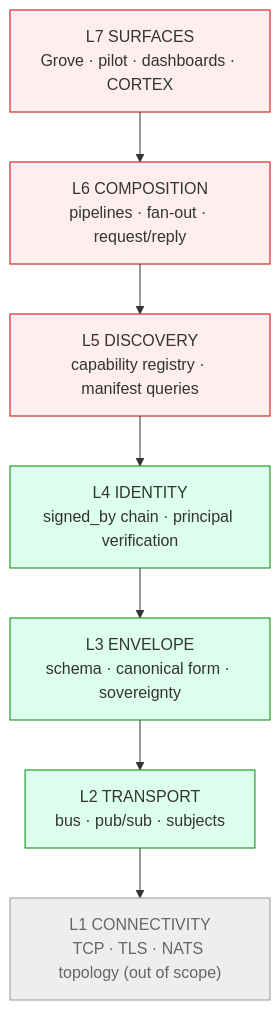
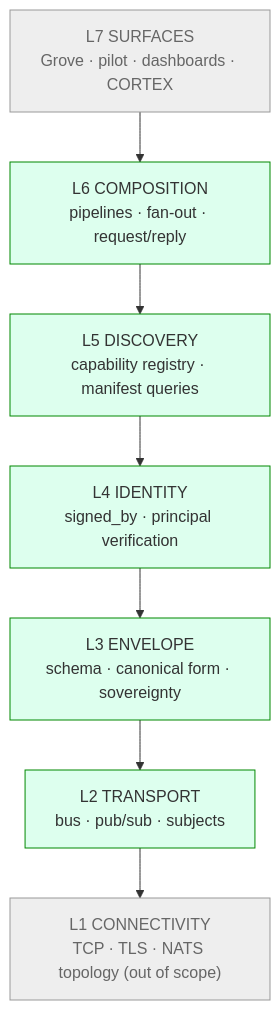
Before and after one commit to the-metafactory/myelin: the diagram in docs/architecture.md, drawn with Mermaid. The commit also changed other lines of this file, not shown here.

````diff
--- a/docs/architecture.md
+++ b/docs/architecture.md
@@ -48,17 +46,16 @@
 ```mermaid
 flowchart TB
   L7["L7 SURFACES<br/>Grove · pilot · dashboards · CORTEX"]
   L6["L6 COMPOSITION<br/>pipelines · fan-out · request/reply"]
   L5["L5 DISCOVERY<br/>capability registry · manifest queries"]
-  L4["L4 IDENTITY<br/>signed_by chain · principal verification"]
+  L4["L4 IDENTITY<br/>signed_by · principal verification"]
   L3["L3 ENVELOPE<br/>schema · canonical form · sovereignty"]
   L2["L2 TRANSPORT<br/>bus · pub/sub · subjects"]
   L1["L1 CONNECTIVITY<br/>TCP · TLS · NATS topology (out of scope)"]
   L7 --> L6 --> L5 --> L4 --> L3 --> L2 --> L1
   classDef oos fill:#eee,stroke:#999,color:#666;
-  classDef impl fill:#dfe,stroke:#080;
-  classDef pend fill:#fee,stroke:#c00;
+  classDef owned fill:#dfe,stroke:#080;
   class L1 oos;
-  class L2,L3,L4 impl;
-  class L5,L6,L7 pend;
+  class L2,L3,L4,L5,L6 owned;
+  class L7 oos;
 ```
````
